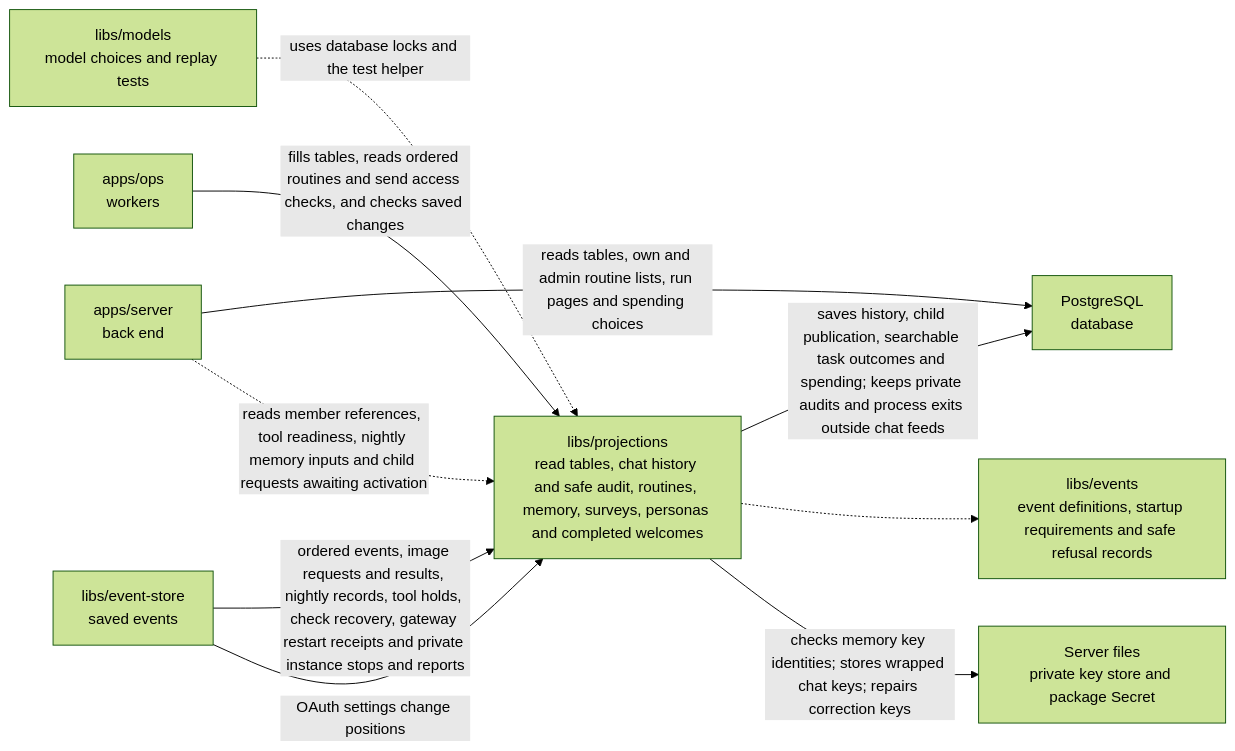
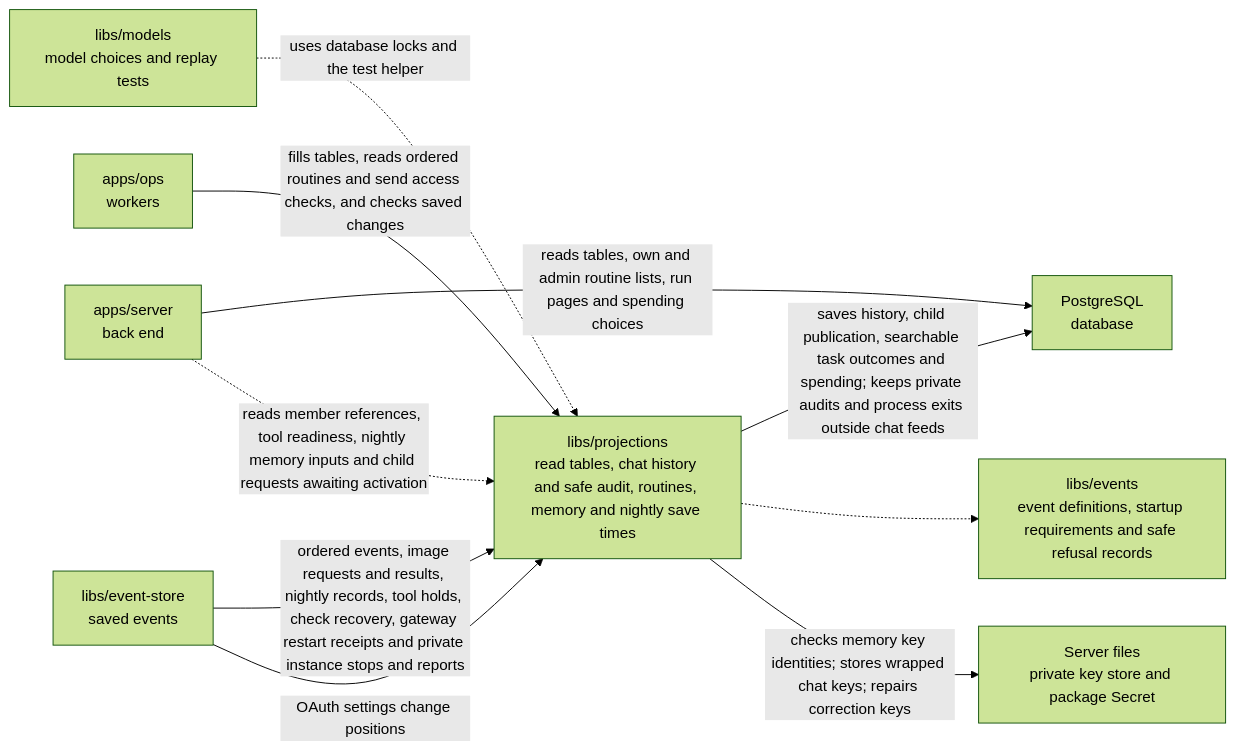
The diagram in libs/projections/README.md (elewa-git/opencrane-new), drawn with Mermaid (forest theme) before and after one commit. The commit also changed other lines of this file and 10 other files, not shown here.

Commit message:
🧭 Page authorised memory maintenance history and open safe details

````diff
--- a/libs/projections/README.md
+++ b/libs/projections/README.md
@@ -62,12 +64,12 @@
 ```mermaid
 flowchart LR
   models["libs/models<br/>model choices and replay tests"] -.->|uses database locks and the test helper| projections
-  ops["apps/ops<br/>workers"] -->|fills tables, reads ordered routines and send access checks, and checks saved changes| projections["libs/projections<br/>read tables, chat history and safe audit, routines, memory, surveys, personas and completed welcomes"]
+  ops["apps/ops<br/>workers"] -->|fills tables, reads ordered routines and send access checks, and checks saved changes| projections["libs/projections<br/>read tables, chat history and safe audit, routines, memory and nightly save times"]
   server["apps/server<br/>back end"] -->|reads tables, own and admin routine lists, run pages and spending choices| pg["PostgreSQL<br/>database"]
   projections -->|saves history, child publication, searchable task outcomes and spending; keeps private audits and process exits outside chat feeds| pg
   store["libs/event-store<br/>saved events"] -->|ordered events, image requests and results, nightly records, tool holds, check recovery, gateway restart receipts and private instance stops and reports| projections
   server -.->|reads member references, tool readiness, nightly memory inputs and child requests awaiting activation| projections
   projections -.-> events["libs/events<br/>event definitions, startup requirements and safe refusal records"]
   projections -->|checks memory key identities; stores wrapped chat keys; repairs correction keys| keys["Server files<br/>private key store and package Secret"]
   store -->|OAuth settings change positions| projections
 ```
````
